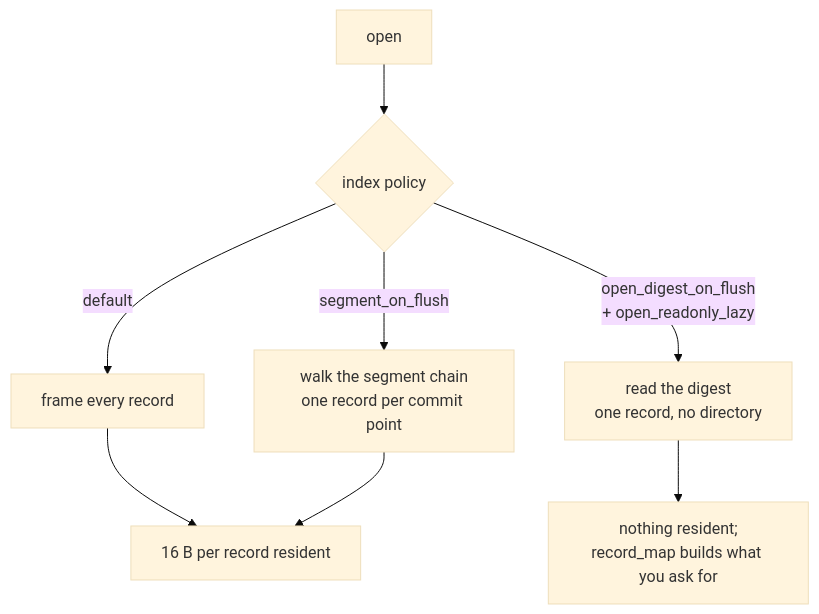
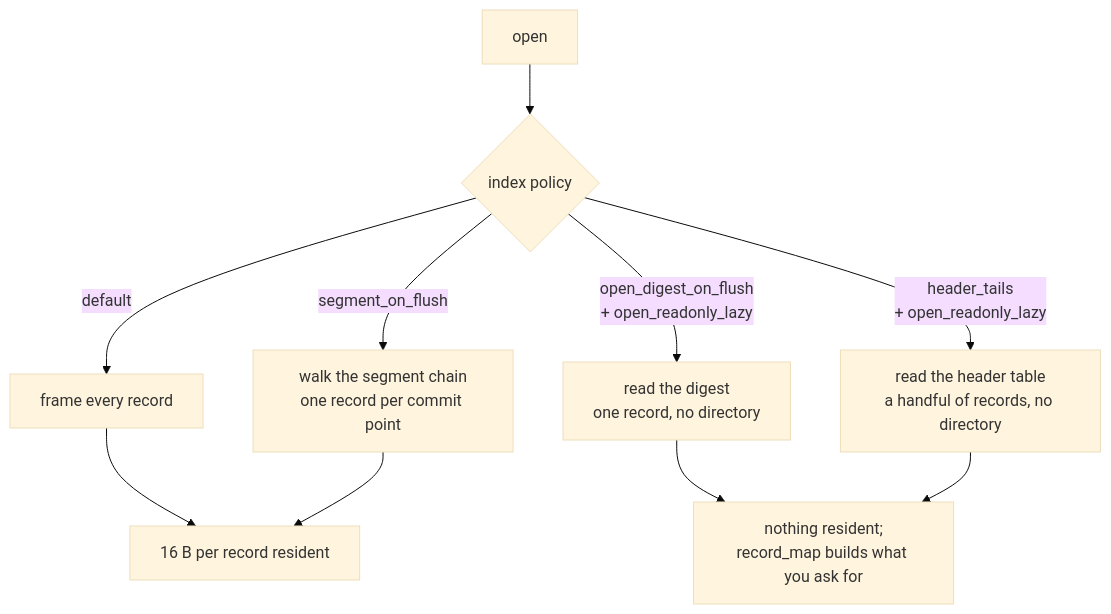
One commit to shim9610/varve changed the fifth of 8 diagrams in docs/how-it-works.md. Above: the diagram before and after it, drawn with Mermaid (base theme). The commit also changed other lines of this file and 14 other files, not shown here.

````diff
--- a/docs/how-it-works.md
+++ b/docs/how-it-works.md
@@ -163,10 +163,12 @@
 ```mermaid
 flowchart TD
     A["open"] --> B{"index policy"}
     B -->|default| C["frame every record"]
     B -->|segment_on_flush| D["walk the segment chain<br/>one record per commit point"]
     B -->|open_digest_on_flush<br/>+ open_readonly_lazy| E["read the digest<br/>one record, no directory"]
+    B -->|header_tails<br/>+ open_readonly_lazy| H["read the header table<br/>a handful of records, no directory"]
     C --> F["16 B per record resident"]
     D --> F
     E --> G["nothing resident;<br/>record_map builds what you ask for"]
+    H --> G
 ```
````
